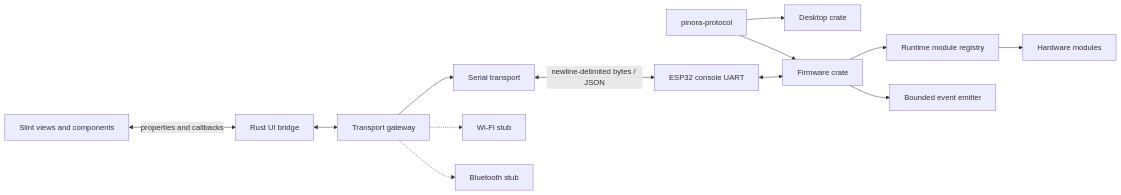
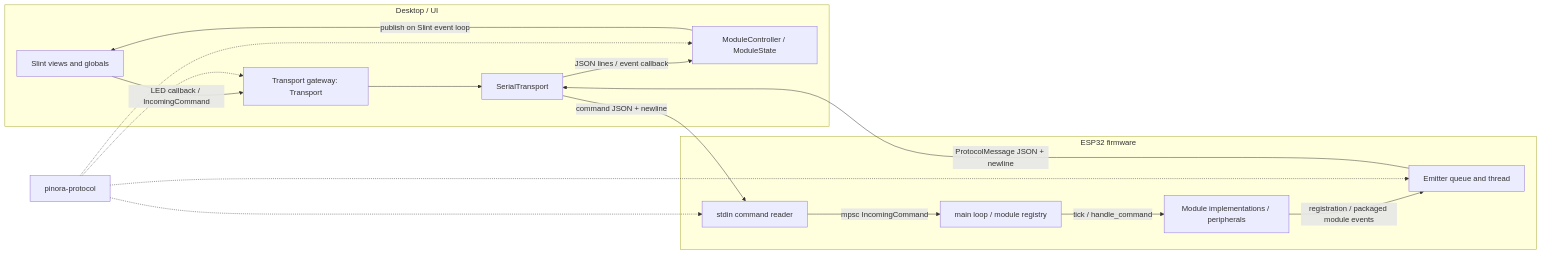
One commit to Adeun-Ilemobola/Pinora_Templat changed the first of 2 diagrams in README.md. Above: the diagram before and after it, drawn with Mermaid. The commit also changed other lines of this file and 37 other files, not shown here.

First line of the commit message:
feat(protocol): centralize module identity in event packages

````diff
--- a/README.md
+++ b/README.md
@@ -58,16 +40,28 @@
 ```mermaid
 flowchart LR
-    SLINT["Slint views and components"] <-->|"properties and callbacks"| BRIDGE["Rust UI bridge"]
-    BRIDGE <--> GATE["Transport gateway"]
-    GATE --> SERIAL["Serial transport"]
-    GATE -.-> WIFI["Wi-Fi stub"]
-    GATE -.-> BT["Bluetooth stub"]
-    SERIAL <-->|"newline-delimited bytes / JSON"| UART["ESP32 console UART"]
-
-    PROTOCOL["pinora-protocol"] --> UI["Desktop crate"]
-    PROTOCOL --> FW["Firmware crate"]
-    UART <--> FW
-    FW --> REGISTRY["Runtime module registry"]
-    FW --> EMITTER["Bounded event emitter"]
-    REGISTRY --> MODULES["Hardware modules"]
+    subgraph Desktop["Desktop / UI"]
+        Views["Slint views and globals"]
+        Controller["ModuleController / ModuleState"]
+        Gate["Transport gateway: Transport"]
+        Serial["SerialTransport"]
+        Controller -->|"publish on Slint event loop"| Views
+        Views -->|"LED callback / IncomingCommand"| Gate
+        Gate --> Serial
+        Serial -->|"JSON lines / event callback"| Controller
+    end
+    subgraph ESP32["ESP32 firmware"]
+        Reader["stdin command reader"]
+        Registry["main loop / module registry"]
+        Hardware["Module implementations / peripherals"]
+        Emitter["Emitter queue and thread"]
+        Reader -->|"mpsc IncomingCommand"| Registry
+        Registry -->|"tick / handle_command"| Hardware
+        Hardware -->|"registration / packaged module events"| Emitter
+    end
+    Serial -->|"command JSON + newline"| Reader
+    Emitter -->|"ProtocolMessage JSON + newline"| Serial
+    Protocol["pinora-protocol"] -.-> Controller
+    Protocol -.-> Gate
+    Protocol -.-> Reader
+    Protocol -.-> Emitter
 ```
````
